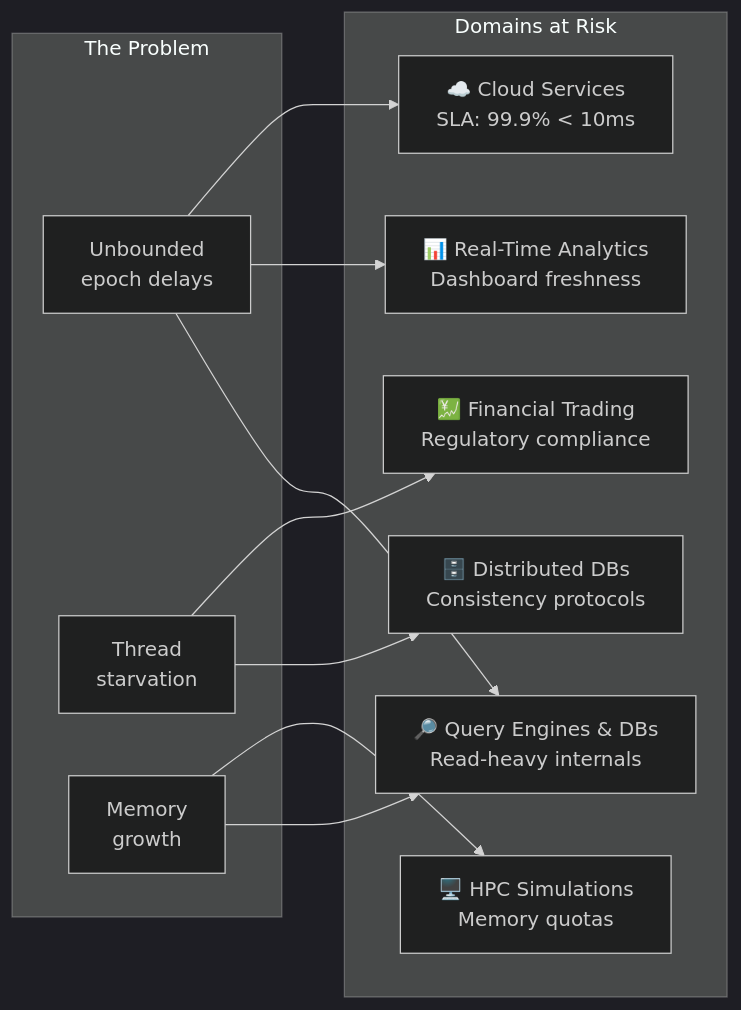
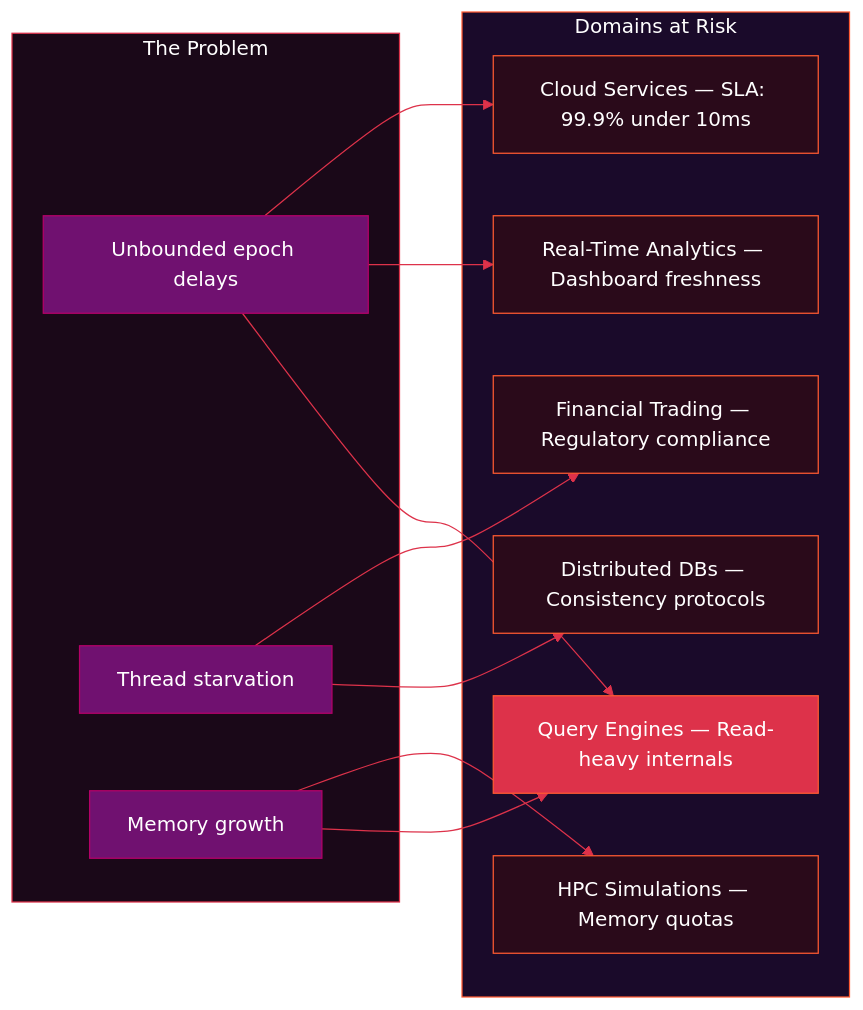
One commit to vertexclique/vertexclique.github.io changed the fifth of 6 diagrams in src/content/posts/kovan-from-prod-to-mr.mdx. Above: the diagram before and after it, drawn with Mermaid. The commit also changed other lines of this file, not shown here.

````diff
--- a/src/content/posts/kovan-from-prod-to-mr.mdx
+++ b/src/content/posts/kovan-from-prod-to-mr.mdx
@@ -158,26 +197,38 @@
 ```mermaid
-%%{init: {'theme':'dark'}}%%
+%%{init: {'theme': 'base', 'themeVariables': {'primaryColor': '#2a0a1a', 'primaryTextColor': '#ffffff', 'primaryBorderColor': '#FF5A32', 'lineColor': '#DD324A', 'secondaryColor': '#1a0a2a', 'tertiaryColor': '#701170', 'background': '#121212', 'mainBkg': '#1e0f1e', 'nodeBorder': '#FF5A32', 'clusterBkg': '#1a0818', 'clusterBorder': '#DD324A', 'titleColor': '#FF5A32', 'edgeLabelBackground': '#2a0a1a'}}}%%
 graph LR
-    subgraph "The Problem"
-        P1["Unbounded<br/>epoch delays"]
-        P2["Thread<br/>starvation"]
-        P3["Memory<br/>growth"]
+    subgraph PROB["The Problem"]
+        P1["Unbounded epoch delays"]
+        P2["Thread starvation"]
+        P3["Memory growth"]
     end
 
-    subgraph "Domains at Risk"
-        D1["☁️ Cloud Services<br/>SLA: 99.9% < 10ms"]
-        D2["💹 Financial Trading<br/>Regulatory compliance"]
-        D3["📊 Real-Time Analytics<br/>Dashboard freshness"]
-        D4["🖥️ HPC Simulations<br/>Memory quotas"]
-        D5["🗄️ Distributed DBs<br/>Consistency protocols"]
-        D6["🔎 Query Engines & DBs<br/>Read-heavy internals"]
+    subgraph DOM["Domains at Risk"]
+        D1["Cloud Services — SLA: 99.9% under 10ms"]
+        D2["Financial Trading — Regulatory compliance"]
+        D3["Real-Time Analytics — Dashboard freshness"]
+        D4["HPC Simulations — Memory quotas"]
+        D5["Distributed DBs — Consistency protocols"]
+        D6["Query Engines — Read-heavy internals"]
     end
 
     P1 --> D1
     P2 --> D2
     P3 --> D4
     P1 --> D3
     P2 --> D5
     P1 --> D6
     P3 --> D6
+
+    style PROB fill:#1a0818,stroke:#DD324A,color:#ffffff
+    style DOM fill:#1a0a2a,stroke:#FF5A32,color:#ffffff
+    style P1 fill:#701170,stroke:#B40068,color:#ffffff
+    style P2 fill:#701170,stroke:#B40068,color:#ffffff
+    style P3 fill:#701170,stroke:#B40068,color:#ffffff
+    style D1 fill:#2a0a1a,stroke:#FF5A32,color:#ffffff
+    style D2 fill:#2a0a1a,stroke:#FF5A32,color:#ffffff
+    style D3 fill:#2a0a1a,stroke:#FF5A32,color:#ffffff
+    style D4 fill:#2a0a1a,stroke:#FF5A32,color:#ffffff
+    style D5 fill:#2a0a1a,stroke:#FF5A32,color:#ffffff
+    style D6 fill:#DD324A,stroke:#FF5A32,color:#ffffff
 ```
````
